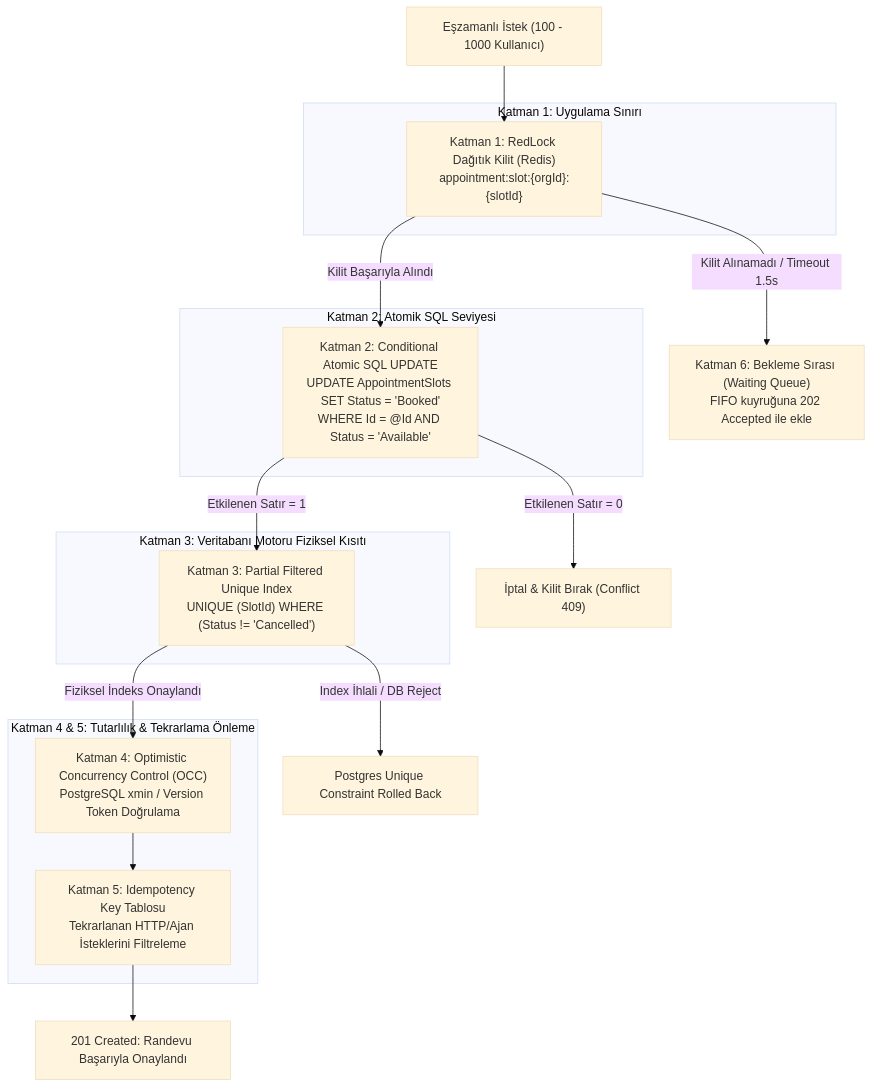
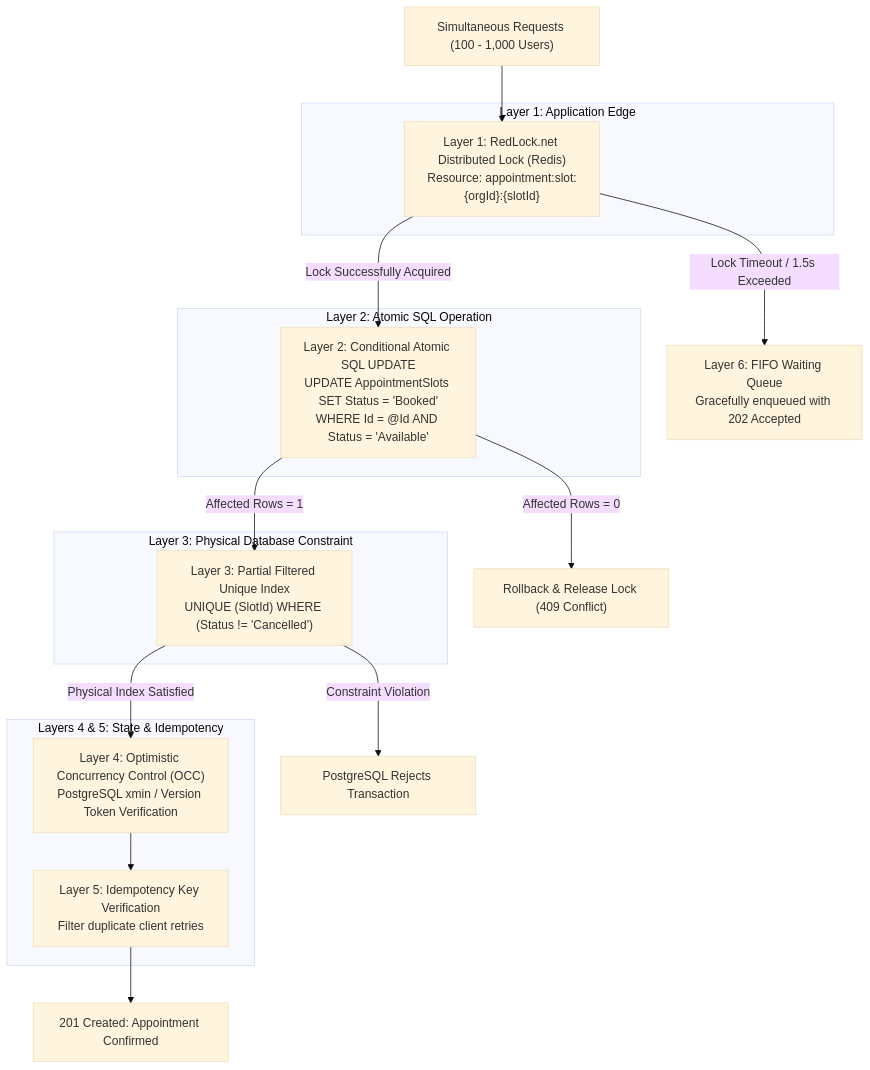
Before and after one commit to mustafaalkan64/appointment-ai-assistant: the second of 5 diagrams in README.md, drawn with Mermaid (base theme). The commit also changed other lines of this file, not shown here.

````diff
--- a/README.md
+++ b/README.md
@@ -223,32 +223,32 @@
 ```mermaid
 flowchart TD
-    Req["Eşzamanlı İstek (100 - 1000 Kullanıcı)"] --> L1
+    Req["Simultaneous Requests (100 - 1,000 Users)"] --> L1
 
-    subgraph L1_Block["Katman 1: Uygulama Sınırı"]
-        L1["Katman 1: RedLock Dağıtık Kilit (Redis)<br/>appointment:slot:{orgId}:{slotId}"]
+    subgraph L1_Block["Layer 1: Application Edge"]
+        L1["Layer 1: RedLock.net Distributed Lock (Redis)<br/>Resource: appointment:slot:{orgId}:{slotId}"]
     end
 
-    L1 -->|Kilit Alınamadı / Timeout 1.5s| L6["Katman 6: Bekleme Sırası (Waiting Queue)<br/>FIFO kuyruğuna 202 Accepted ile ekle"]
-    L1 -->|Kilit Başarıyla Alındı| L2
+    L1 -->|Lock Timeout / 1.5s Exceeded| L6["Layer 6: FIFO Waiting Queue<br/>Gracefully enqueued with 202 Accepted"]
+    L1 -->|Lock Successfully Acquired| L2
 
-    subgraph L2_Block["Katman 2: Atomik SQL Seviyesi"]
-        L2["Katman 2: Conditional Atomic SQL UPDATE<br/>UPDATE AppointmentSlots SET Status = 'Booked'<br/>WHERE Id = @Id AND Status = 'Available'"]
+    subgraph L2_Block["Layer 2: Atomic SQL Operation"]
+        L2["Layer 2: Conditional Atomic SQL UPDATE<br/>UPDATE AppointmentSlots SET Status = 'Booked'<br/>WHERE Id = @Id AND Status = 'Available'"]
     end
 
-    L2 -->|Etkilenen Satır = 0| Rollback1["İptal & Kilit Bırak (Conflict 409)"]
-    L2 -->|Etkilenen Satır = 1| L3
+    L2 -->|Affected Rows = 0| Rollback1["Rollback & Release Lock (409 Conflict)"]
+    L2 -->|Affected Rows = 1| L3
 
-    subgraph L3_Block["Katman 3: Veritabanı Motoru Fiziksel Kısıtı"]
-        L3["Katman 3: Partial Filtered Unique Index<br/>UNIQUE (SlotId) WHERE (Status != 'Cancelled')"]
+    subgraph L3_Block["Layer 3: Physical Database Constraint"]
+        L3["Layer 3: Partial Filtered Unique Index<br/>UNIQUE (SlotId) WHERE (Status != 'Cancelled')"]
     end
 
-    L3 -->|Index İhlali / DB Reject| Rollback2["Postgres Unique Constraint Rolled Back"]
-    L3 -->|Fiziksel İndeks Onaylandı| L4
+    L3 -->|Constraint Violation| Rollback2["PostgreSQL Rejects Transaction"]
+    L3 -->|Physical Index Satisfied| L4
 
-    subgraph L4_Block["Katman 4 & 5: Tutarlılık & Tekrarlama Önleme"]
-        L4["Katman 4: Optimistic Concurrency Control (OCC)<br/>PostgreSQL xmin / Version Token Doğrulama"] --> L5
-        L5["Katman 5: Idempotency Key Tablosu<br/>Tekrarlanan HTTP/Ajan İsteklerini Filtreleme"]
+    subgraph L4_Block["Layers 4 & 5: State & Idempotency"]
+        L4["Layer 4: Optimistic Concurrency Control (OCC)<br/>PostgreSQL xmin / Version Token Verification"] --> L5
+        L5["Layer 5: Idempotency Key Verification<br/>Filter duplicate client retries"]
     end
 
-    L5 --> Success["201 Created: Randevu Başarıyla Onaylandı"]
+    L5 --> Success["201 Created: Appointment Confirmed"]
 ```
````
